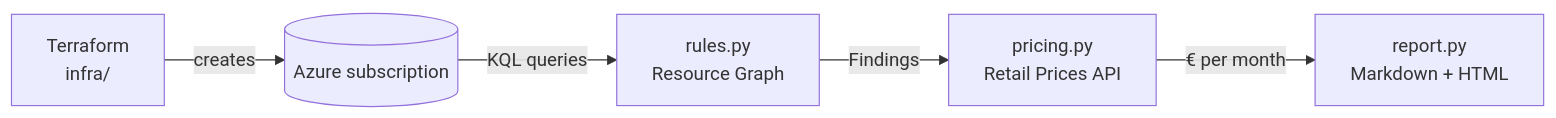
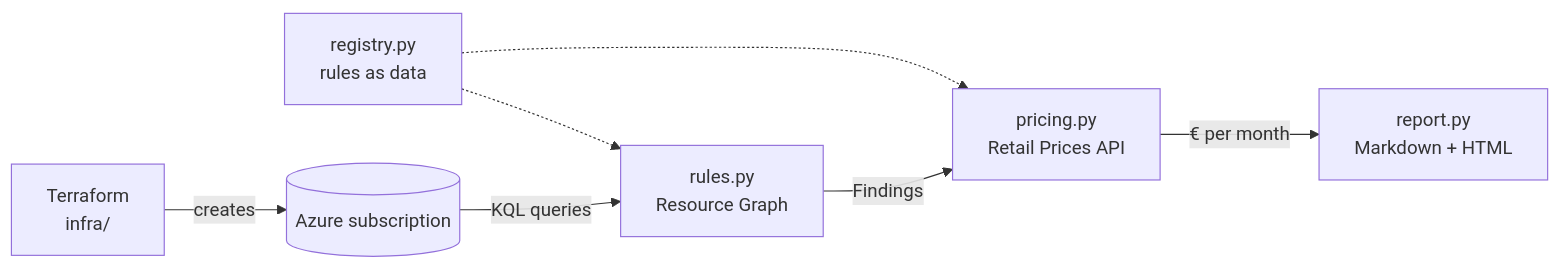
Before and after one commit to viache25/azure-waste-finder: the diagram in README.md, drawn with Mermaid. The commit also changed other lines of this file and 15 other files, not shown here.

First line of the commit message:
refactor: data-driven rule registry (#8)

````diff
--- a/README.md
+++ b/README.md
@@ -28,7 +30,9 @@
 ```mermaid
 flowchart LR
     TF[Terraform<br/>infra/] -->|creates| AZ[(Azure subscription)]
+    REG[registry.py<br/>rules as data] -.-> RG
+    REG -.-> PR
     AZ -->|KQL queries| RG[rules.py<br/>Resource Graph]
     RG -->|Findings| PR[pricing.py<br/>Retail Prices API]
     PR -->|€ per month| RP[report.py<br/>Markdown + HTML]
 ```
````
